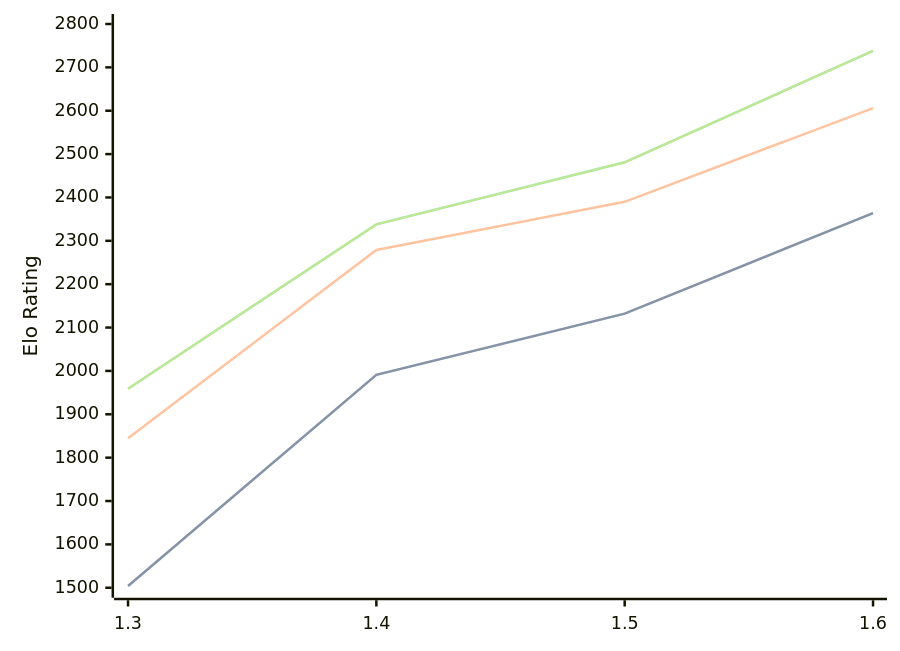
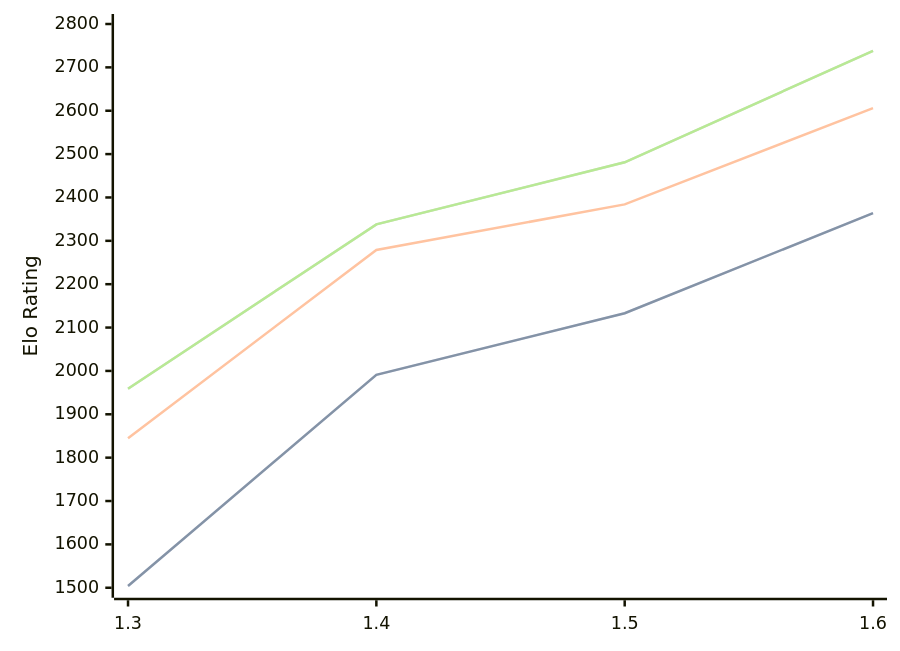
One commit to computer-chess-index/cci changed the third of 3 diagrams in engines/Facon.md. Above: the diagram before and after it, drawn with Mermaid. The commit also changed other lines of this file, not shown here.

````diff
--- a/engines/Facon.md
+++ b/engines/Facon.md
@@ -70,11 +70,11 @@
 ```mermaid
 %%{init: {"theme":"base","themeVariables":{"seriesColors:['#a3a3a3','#222221','#faa371']}}}%%
 xychart-beta
   x-axis ["1.3", "1.4", "1.5", "1.6"]
   y-axis "Elo Rating" 1500 --> 2800
-  line "STC (8.0+0.08s)" [1504, 1991, 2132, 2364]
-  line "STC (8.0+0.08s)" [1504, 1991, 2132, 2364]
-  line "LTC (60.0+0.60s)" [1845, 2279, 2390, 2606]
+  line "STC (8.0+0.08s)" [1504, 1991, 2133, 2364]
+  line "STC (8.0+0.08s)" [1504, 1991, 2133, 2364]
+  line "LTC (60.0+0.60s)" [1845, 2279, 2384, 2606]
   line "VLTC (2m24s+1.12s)" [1959, 2338, 2481, 2738]
   line "VLTC (2m24s+1.12s)" [1959, 2338, 2481, 2738]
 ```
````
